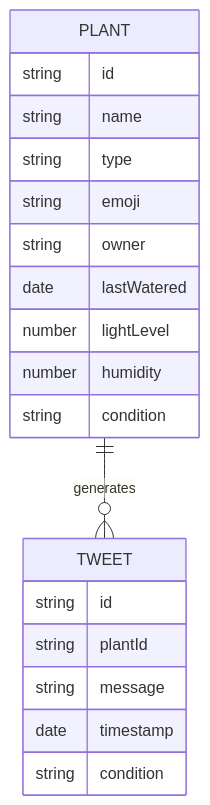
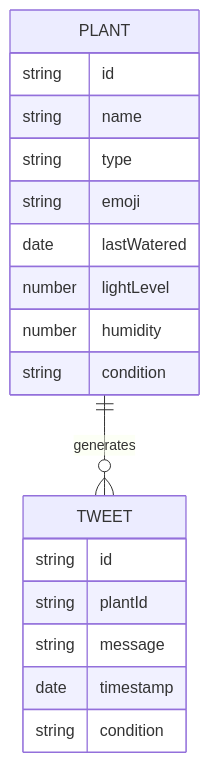
One commit to elmana/plant-dashboard-app changed the diagram in docs/DOMAIN_MODEL.md. Above: the diagram before and after it, drawn with Mermaid. The commit also changed other lines of this file, not shown here.

````diff
--- a/docs/DOMAIN_MODEL.md
+++ b/docs/DOMAIN_MODEL.md
@@ -60,24 +52,23 @@
 ```mermaid
 erDiagram
     PLANT {
         string id
         string name
         string type
         string emoji
-        string owner
         date lastWatered
         number lightLevel
         number humidity
         string condition
     }
 
     TWEET {
         string id
         string plantId
         string message
         date timestamp
         string condition
     }
 
     PLANT ||--o{ TWEET : "generates"
  ```
````
